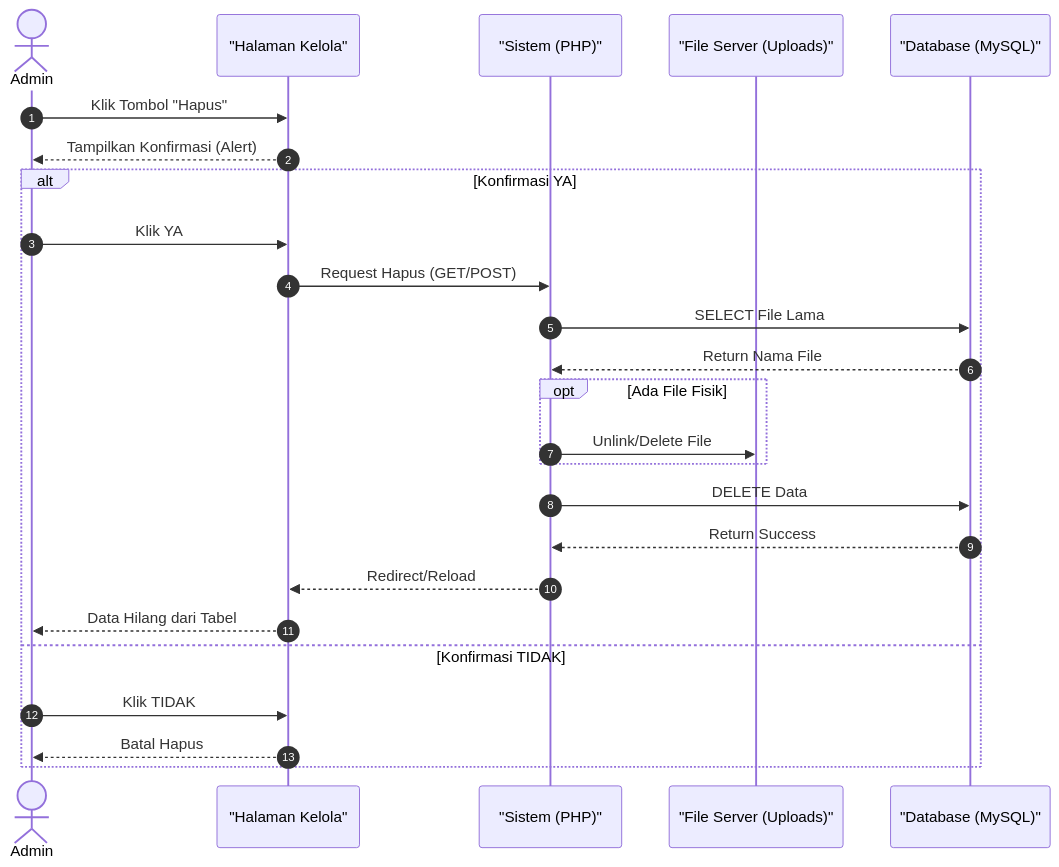
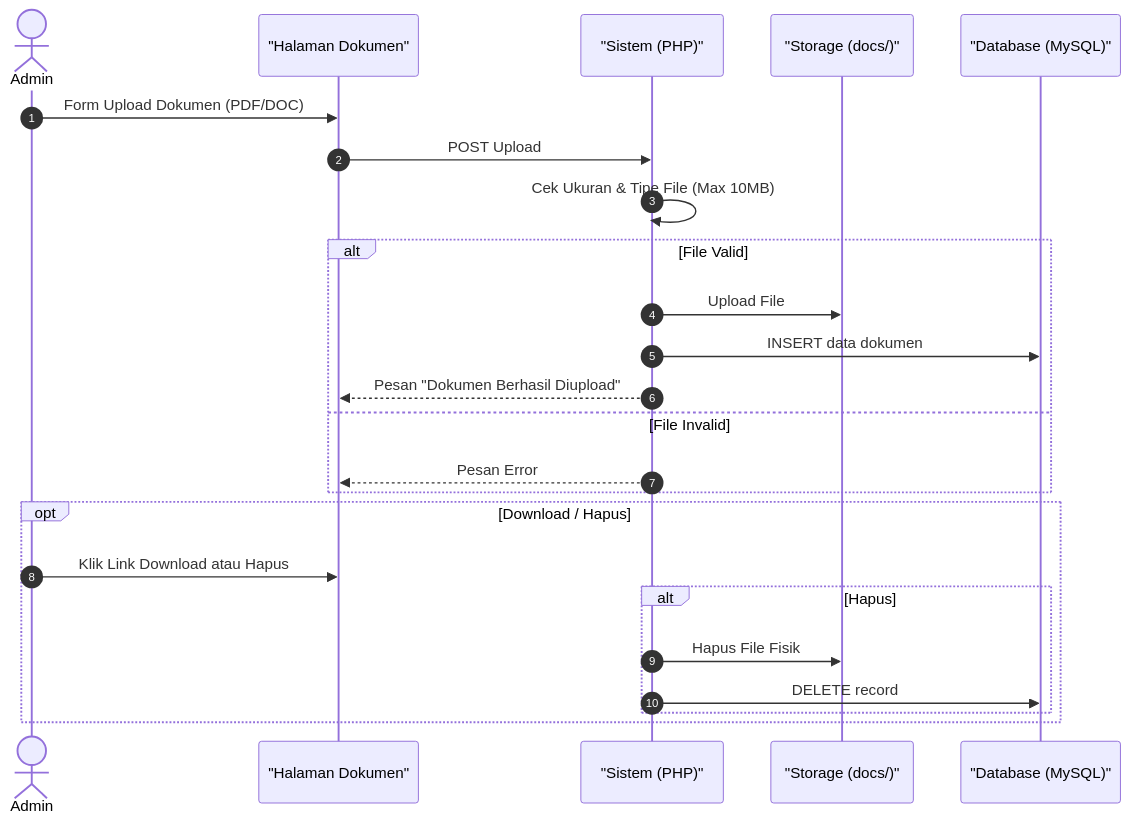
The sixth of 10 diagrams in docs/sequence_diagram_admin.md (arbain-dev/Web_fikom), drawn with Mermaid before and after one commit. The commit also changed other lines of this file, not shown here.

Commit message:
Add comprehensive sequence diagrams for all admin modules

````diff
--- a/docs/sequence_diagram_admin.md
+++ b/docs/sequence_diagram_admin.md
@@ -114,33 +219,31 @@
 ```mermaid
 sequenceDiagram
     autonumber
     actor Admin
-    participant View as "Halaman Kelola"
+    participant View as "Halaman Dokumen"
     participant System as "Sistem (PHP)"
-    participant Server as "File Server (Uploads)"
+    participant Server as "Storage (docs/)"
     participant DB as "Database (MySQL)"
 
-    Admin->>View: Klik Tombol "Hapus"
-    View-->>Admin: Tampilkan Konfirmasi (Alert)
+    Admin->>View: Form Upload Dokumen (PDF/DOC)
+    View->>System: POST Upload
     
-    alt Konfirmasi YA
-        Admin->>View: Klik YA
-        View->>System: Request Hapus (GET/POST)
+    System->>System: Cek Ukuran & Tipe File (Max 10MB)
+    
+    alt File Valid
+        System->>Server: Upload File
+        System->>DB: INSERT data dokumen
+        System-->>View: Pesan "Dokumen Berhasil Diupload"
+    else File Invalid
+        System-->>View: Pesan Error
+    end
+
+    opt Download / Hapus
+        Admin->>View: Klik Link Download atau Hapus
         
-        System->>DB: SELECT File Lama
-        DB-->>System: Return Nama File
-        
-        opt Ada File Fisik
-            System->>Server: Unlink/Delete File
+        alt Hapus
+            System->>Server: Hapus File Fisik
+            System->>DB: DELETE record
         end
-        
-        System->>DB: DELETE Data
-        DB-->>System: Return Success
-        
-        System-->>View: Redirect/Reload
-        View-->>Admin: Data Hilang dari Tabel
-    else Konfirmasi TIDAK
-        Admin->>View: Klik TIDAK
-        View-->>Admin: Batal Hapus
     end
 ```
````
